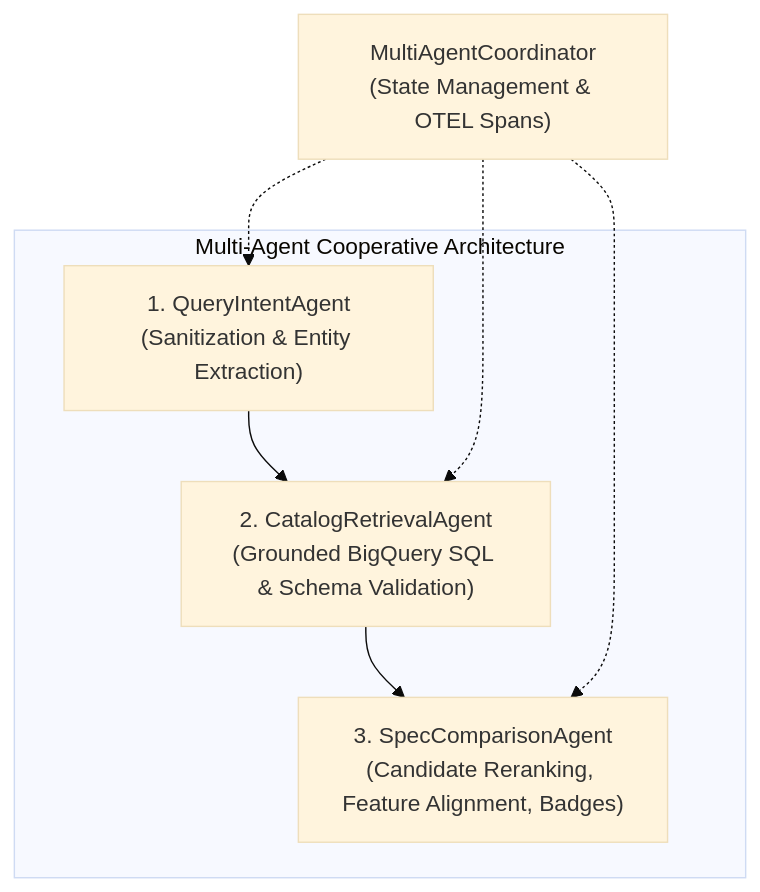
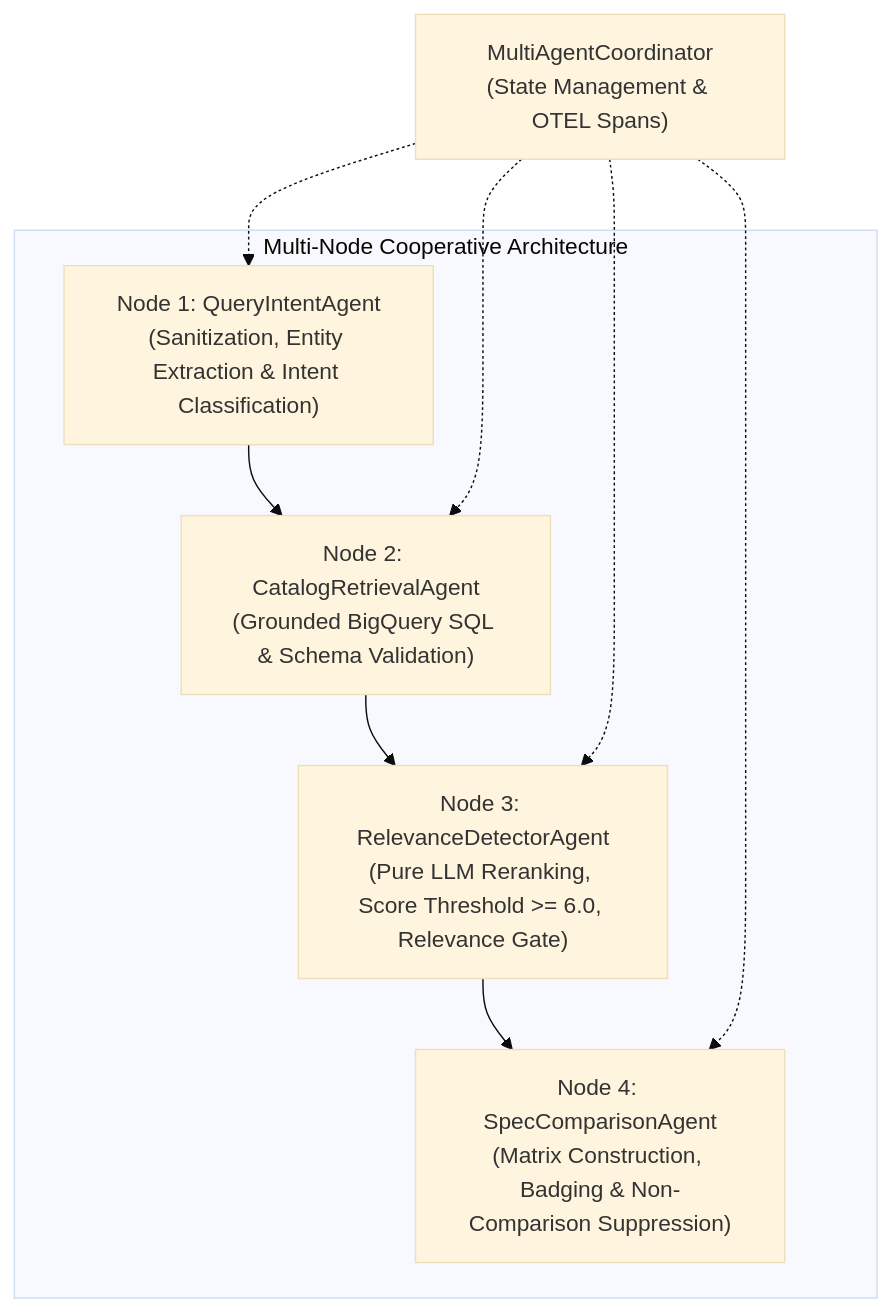
Before and after one commit to willie3838/williamc-ecomm-capstone: the third of 4 diagrams in ARCHITECTURE.md, drawn with Mermaid (base theme). The commit also changed other lines of this file and 14 other files, not shown here.

Commit message:
feat: enforce documentation sync policy with no-doc bypass and implement 4-node multi-agent pipeline

````diff
--- a/ARCHITECTURE.md
+++ b/ARCHITECTURE.md
@@ -163,10 +163,12 @@
 ```mermaid
 flowchart TD
-    subgraph MultiAgent["Multi-Agent Cooperative Architecture"]
-        Q["1. QueryIntentAgent\n(Sanitization & Entity Extraction)"] --> R["2. CatalogRetrievalAgent\n(Grounded BigQuery SQL & Schema Validation)"]
-        R --> S["3. SpecComparisonAgent\n(Candidate Reranking, Feature Alignment, Badges)"]
+    subgraph MultiAgent["Multi-Node Cooperative Architecture"]
+        Q["Node 1: QueryIntentAgent\n(Sanitization, Entity Extraction & Intent Classification)"] --> R["Node 2: CatalogRetrievalAgent\n(Grounded BigQuery SQL & Schema Validation)"]
+        R --> RD["Node 3: RelevanceDetectorAgent\n(Pure LLM Reranking, Score Threshold >= 6.0, Relevance Gate)"]
+        RD --> S["Node 4: SpecComparisonAgent\n(Matrix Construction, Badging & Non-Comparison Suppression)"]
     end
     Coord["MultiAgentCoordinator\n(State Management & OTEL Spans)"] -.-> Q
     Coord -.-> R
+    Coord -.-> RD
     Coord -.-> S
 ```
````
